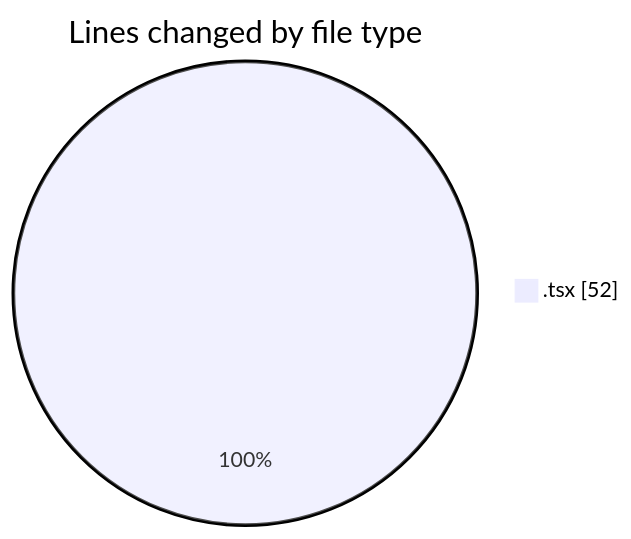
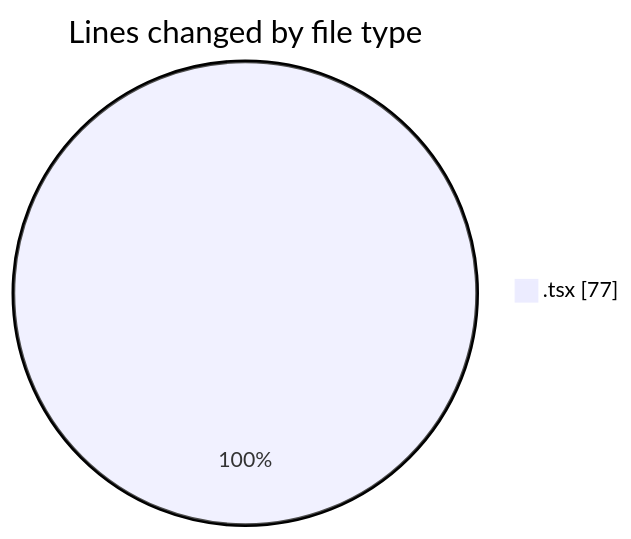
The first of 2 diagrams in 2025-03-27/cda/README.md (momahboobian/code-tracking), drawn with Mermaid before and after one commit. The commit also changed other lines of this file and 1 other file, not shown here.

````diff
--- a/2025-03-27/cda/README.md
+++ b/2025-03-27/cda/README.md
@@ -20,5 +20,5 @@
 ```mermaid
 pie showData
 title Lines changed by file type
-".tsx" : 52
+".tsx" : 77
 ```
````
